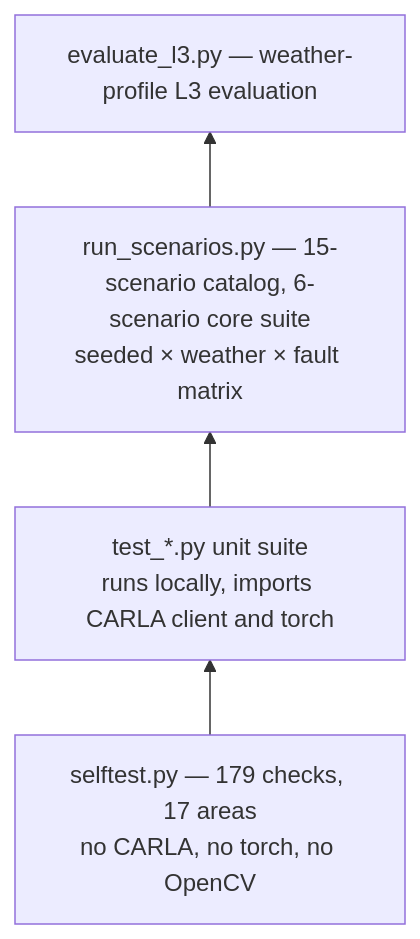
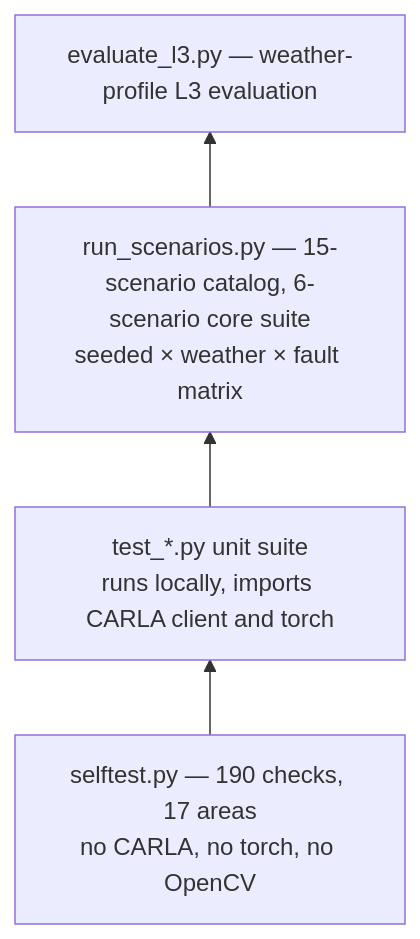
One commit to nhatduongchess-cloud/carla-adas-active-safety-project changed the seventh of 8 diagrams in docs/ARCHITECTURE.md. Above: the diagram before and after it, drawn with Mermaid. The commit also changed other lines of this file and 9 other files, not shown here.

First line of the commit message:
Fix the two defects the architecture pass turned up

````diff
--- a/docs/ARCHITECTURE.md
+++ b/docs/ARCHITECTURE.md
@@ -560,8 +584,8 @@
 ```mermaid
 flowchart BT
-    A["selftest.py — 179 checks, 17 areas<br/>no CARLA, no torch, no OpenCV"]
+    A["selftest.py — 190 checks, 17 areas<br/>no CARLA, no torch, no OpenCV"]
     B["test_*.py unit suite<br/>runs locally, imports CARLA client and torch"]
     C["run_scenarios.py — 15-scenario catalog, 6-scenario core suite<br/>seeded × weather × fault matrix"]
     D["evaluate_l3.py — weather-profile L3 evaluation"]
     A --> B --> C --> D
 ```
````
